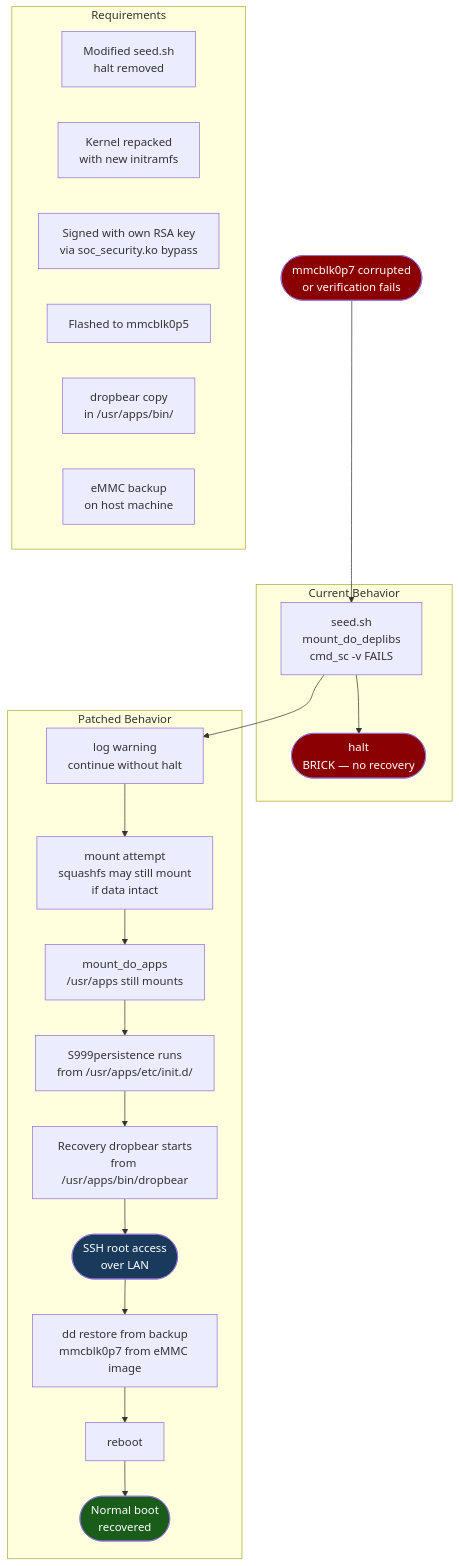
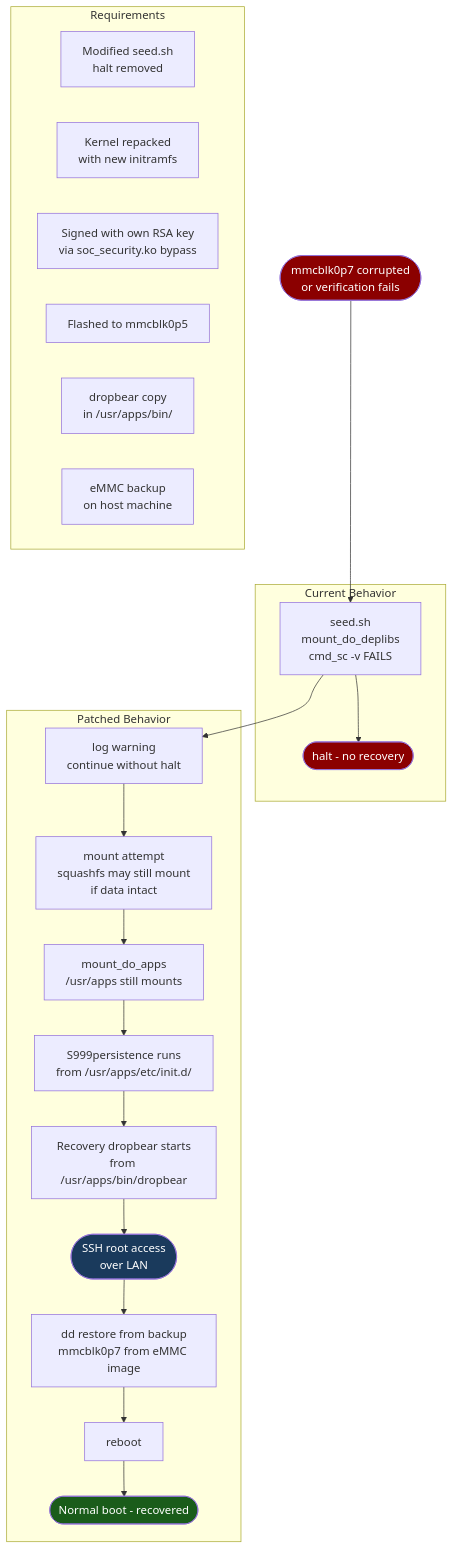
The sixth of 6 diagrams in notes/flows.md (ahanel13/creality-k1c-2025-analysis), drawn with Mermaid before and after one commit. The commit also changed other lines of this file, not shown here.

Commit message:
Fix Mermaid diagrams for GitHub rendering

````diff
--- a/notes/flows.md
+++ b/notes/flows.md
@@ -168,34 +168,34 @@
 ```mermaid
 flowchart TD
-    A([mmcblk0p7 corrupted\nor verification fails]) --> B[seed.sh\nmount_do_deplibs\ncmd_sc -v FAILS]
-    
+    A(["mmcblk0p7 corrupted<br/>or verification fails"]) --> B["seed.sh<br/>mount_do_deplibs<br/>cmd_sc -v FAILS"]
+
     subgraph Current Behavior
-        B --> C([halt\nBRICK — no recovery])
+        B --> C([halt - no recovery])
     end
 
     subgraph Patched Behavior
-        B --> D[log warning\ncontinue without halt]
-        D --> E[mount attempt\nsquashfs may still mount\nif data intact]
-        E --> F[mount_do_apps\n/usr/apps still mounts]
-        F --> G[S999persistence runs\nfrom /usr/apps/etc/init.d/]
-        G --> H[Recovery dropbear starts\nfrom /usr/apps/bin/dropbear]
-        H --> I([SSH root access\nover LAN])
-        I --> J[dd restore from backup\nmmcblk0p7 from eMMC image]
+        B --> D["log warning<br/>continue without halt"]
+        D --> E["mount attempt<br/>squashfs may still mount<br/>if data intact"]
+        E --> F["mount_do_apps<br/>/usr/apps still mounts"]
+        F --> G["S999persistence runs<br/>from /usr/apps/etc/init.d/"]
+        G --> H["Recovery dropbear starts<br/>from /usr/apps/bin/dropbear"]
+        H --> I(["SSH root access<br/>over LAN"])
+        I --> J["dd restore from backup<br/>mmcblk0p7 from eMMC image"]
         J --> K[reboot]
-        K --> L([Normal boot\nrecovered])
+        K --> L([Normal boot - recovered])
     end
 
     subgraph Requirements
-        R1[Modified seed.sh\nhalt removed]
-        R2[Kernel repacked\nwith new initramfs]
-        R3[Signed with own RSA key\nvia soc_security.ko bypass]
+        R1["Modified seed.sh<br/>halt removed"]
+        R2["Kernel repacked<br/>with new initramfs"]
+        R3["Signed with own RSA key<br/>via soc_security.ko bypass"]
         R4[Flashed to mmcblk0p5]
-        R5[dropbear copy\nin /usr/apps/bin/]
-        R6[eMMC backup\non host machine]
+        R5["dropbear copy<br/>in /usr/apps/bin/"]
+        R6["eMMC backup<br/>on host machine"]
     end
 
     style A fill:#8b0000,color:#fff
     style C fill:#8b0000,color:#fff
     style L fill:#1a5c1a,color:#fff
     style I fill:#1a3a5c,color:#fff
 ```
````
